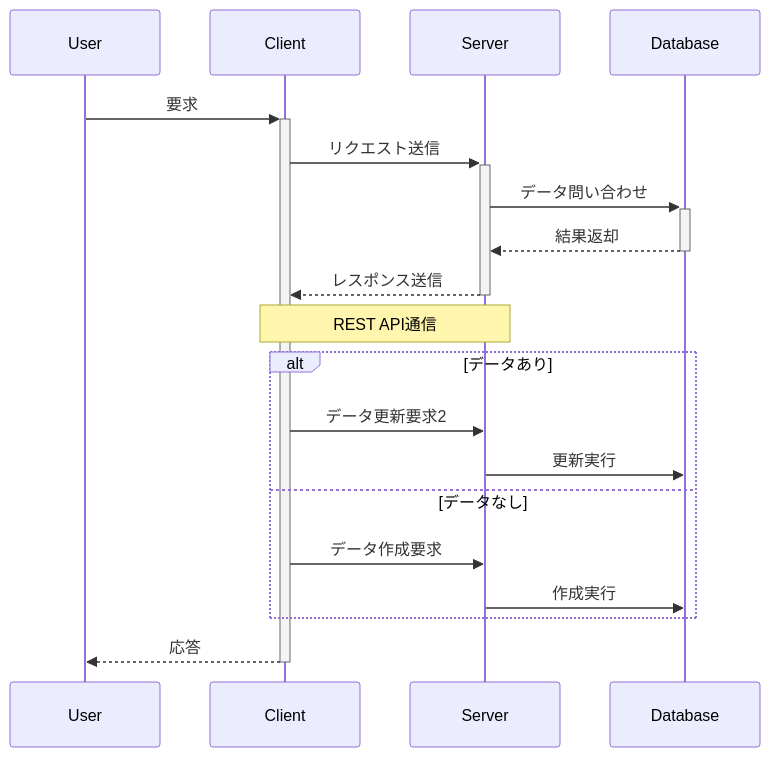
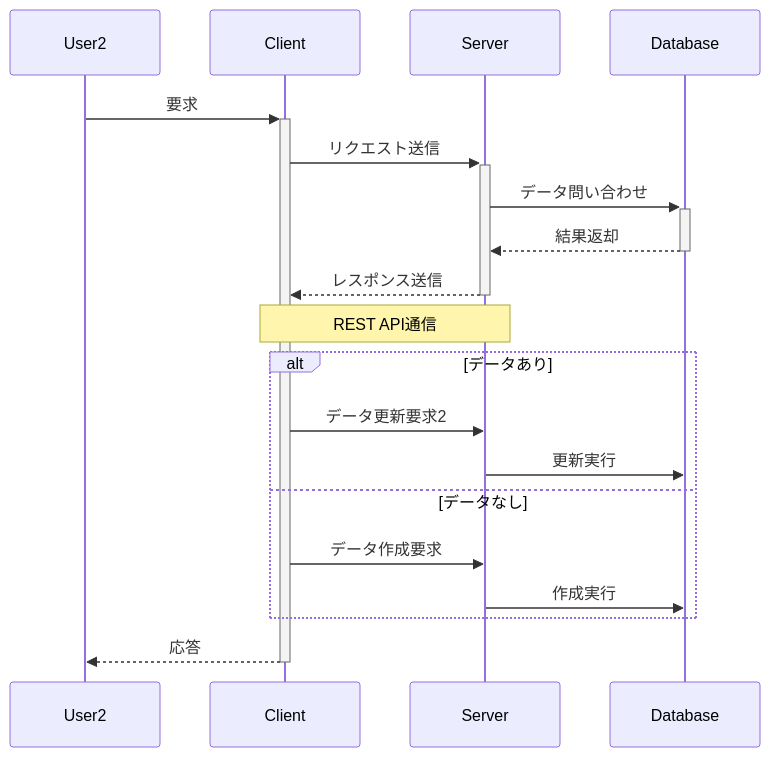
One commit to MasamitsuNakamura/test changed the diagram in test.md. Above: the diagram before and after it, drawn with Mermaid.

````diff
--- a/test.md
+++ b/test.md
@@ -1,25 +1,25 @@
 ```mermaid
 sequenceDiagram
-    participant User
+    participant User2
     participant Client
     participant Server
     participant Database
     
-    User->>+Client: 要求
+    User2->>+Client: 要求
     Client->>+Server: リクエスト送信
     Server->>+Database: データ問い合わせ
     Database-->>-Server: 結果返却
     Server-->>-Client: レスポンス送信
 
     Note over Client,Server: REST API通信
     
     alt データあり
         Client->>Server: データ更新要求2
         Server->>Database: 更新実行
     else データなし
         Client->>Server: データ作成要求
         Server->>Database: 作成実行
     end
 
-    Client-->>-User: 応答
+    Client-->>-User2: 応答
 ```   
````
